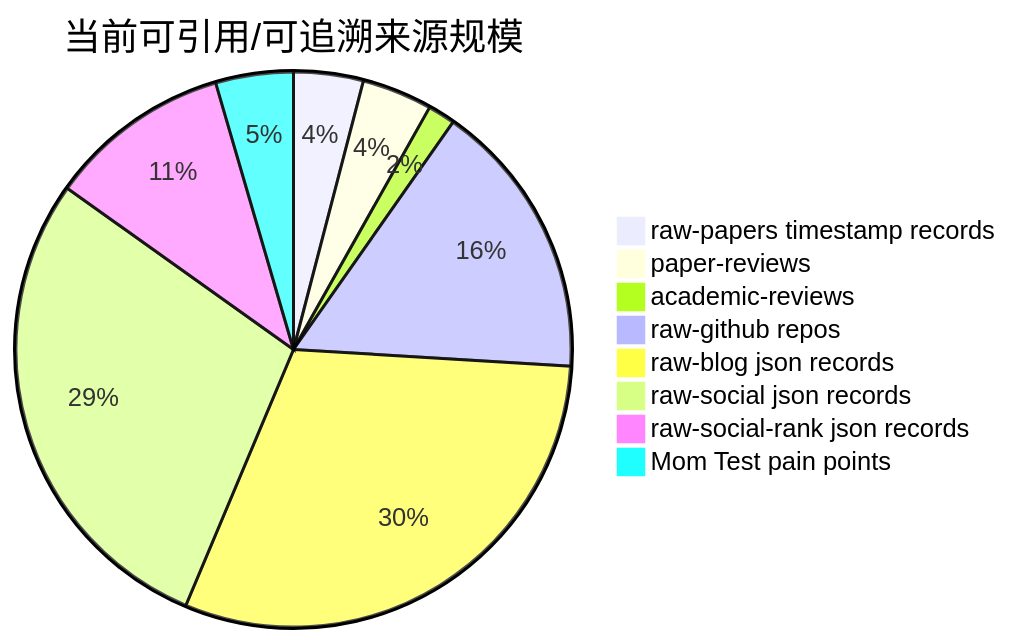
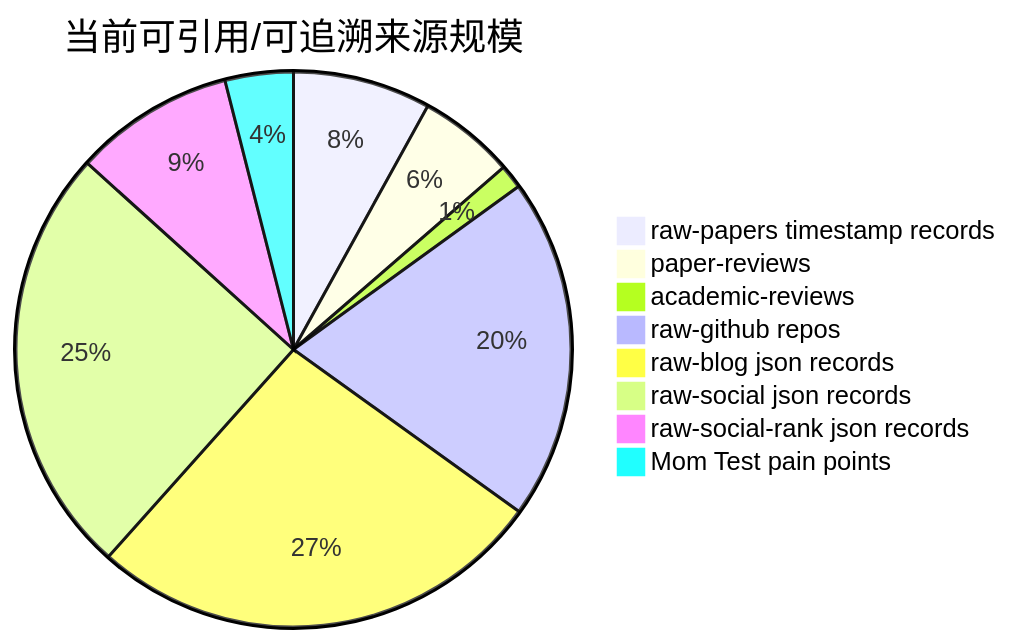
The diagram in survey/figures/citation-source-statistics.md (Shiyao-Huang/awesome-agent-evolution), drawn with Mermaid before and after one commit. The commit also changed other lines of this file and 112 other files, not shown here.

````diff
--- a/survey/figures/citation-source-statistics.md
+++ b/survey/figures/citation-source-statistics.md
@@ -6,11 +6,11 @@
 ```mermaid
 pie title 当前可引用/可追溯来源规模
-    "raw-papers timestamp records" : 87
-    "paper-reviews" : 88
+    "raw-papers timestamp records" : 196
+    "paper-reviews" : 137
     "academic-reviews" : 34
-    "raw-github repos" : 348
+    "raw-github repos" : 486
     "raw-blog json records" : 652
-    "raw-social json records" : 612
+    "raw-social json records" : 613
     "raw-social-rank json records" : 228
     "Mom Test pain points" : 97
 ```
````
